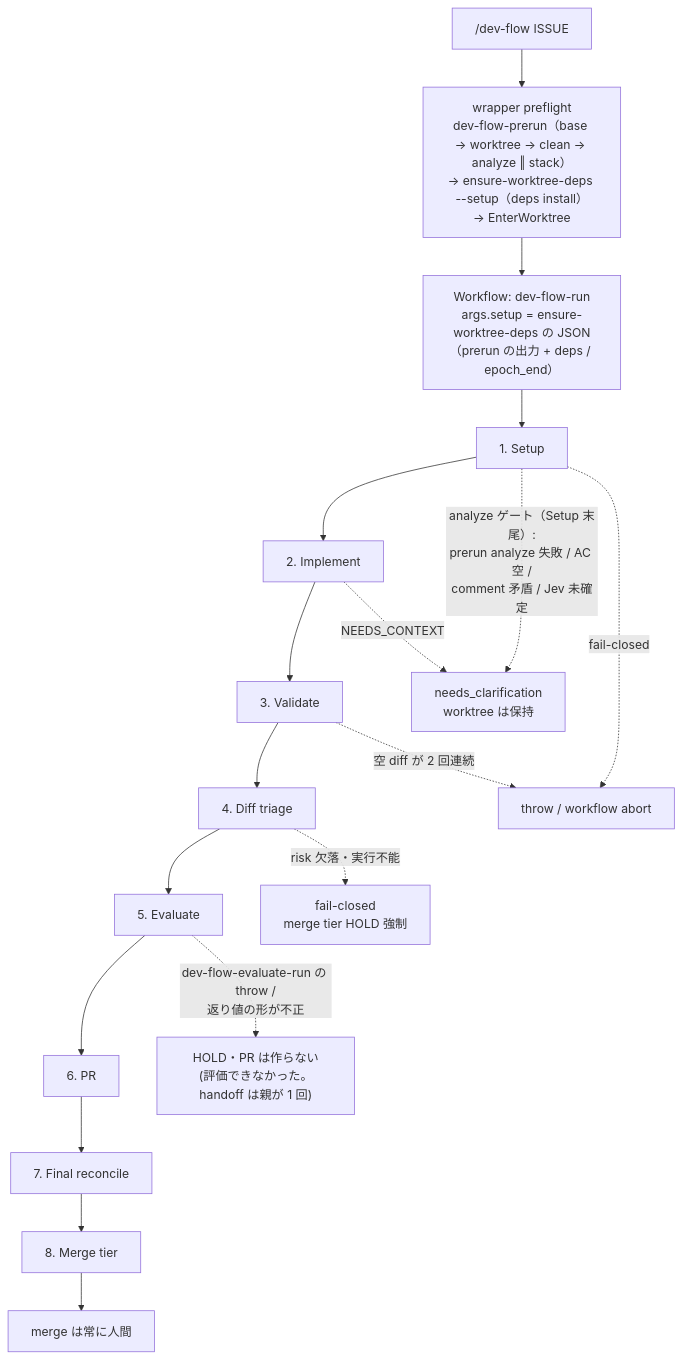
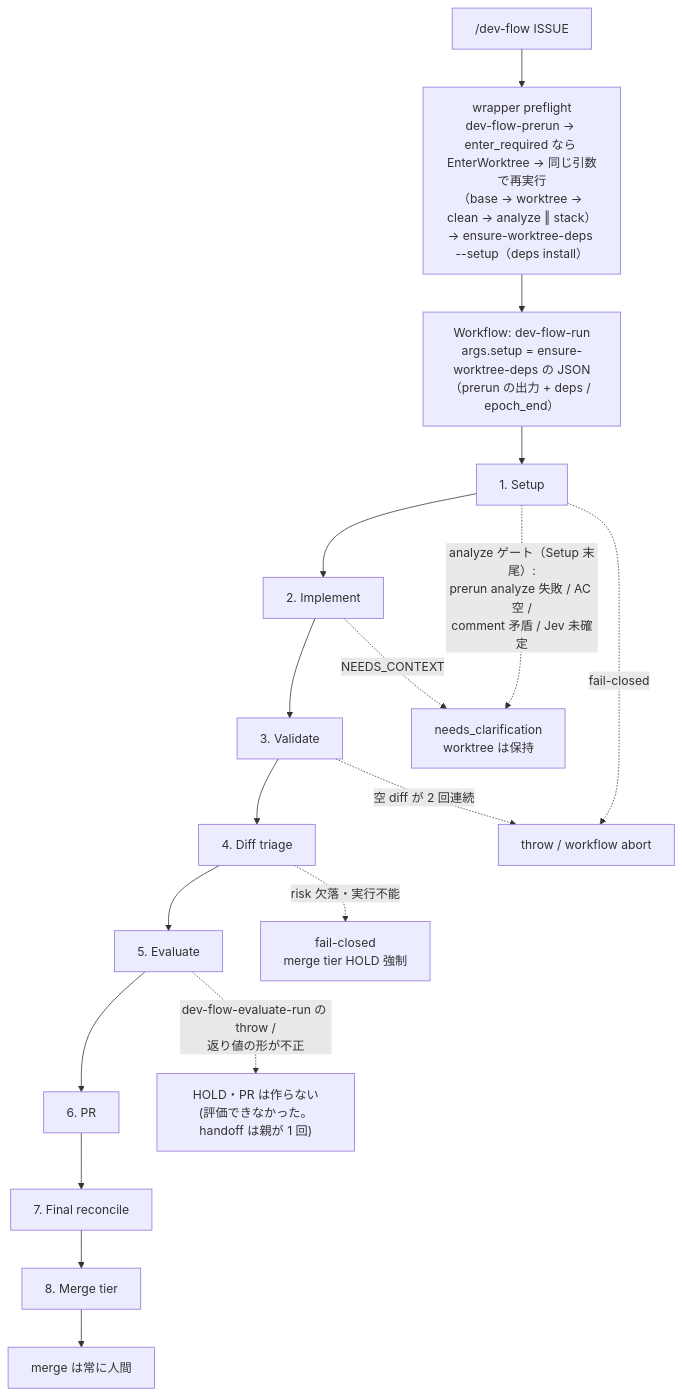
Before and after one commit to it-all-playpark/claude-plugins: the first of 13 diagrams in docs/dev-flow-atlas.md, drawn with Mermaid. The commit also changed other lines of this file and 11 other files, not shown here.

First line of the commit message:
fix(dev-flow): Claude Code 2.1.323 の sandbox で prerun が worktree を作れない — prerun は入るべき worktree を返し、wrapper が EnterWorktree で入ってから worktree の中で git switch する (#1423) (#1428)

````diff
--- a/docs/dev-flow-atlas.md
+++ b/docs/dev-flow-atlas.md
@@ -41,21 +41,21 @@
 ```mermaid
 flowchart TD
-    U["/dev-flow ISSUE"] --> PF["wrapper preflight<br/>dev-flow-prerun（base → worktree → clean → analyze ‖ stack）<br/>→ ensure-worktree-deps --setup（deps install）<br/>→ EnterWorktree"]
+    U["/dev-flow ISSUE"] --> PF["wrapper preflight<br/>dev-flow-prerun → enter_required なら EnterWorktree → 同じ引数で再実行<br/>（base → worktree → clean → analyze ‖ stack）<br/>→ ensure-worktree-deps --setup（deps install）"]
     PF --> W["Workflow: dev-flow-run<br/>args.setup = ensure-worktree-deps の JSON<br/>（prerun の出力 + deps / epoch_end）"]
     W --> S["1. Setup"]
     S --> I["2. Implement"]
     I --> V["3. Validate"]
     V --> SF["4. Diff triage"]
     SF --> E["5. Evaluate"]
     E --> R["6. PR"]
     R --> FR["7. Final reconcile"]
     FR --> MT["8. Merge tier"]
     MT --> HU["merge は常に人間"]
 
     S -.->|"fail-closed"| AB["throw / workflow abort"]
     V -.->|"空 diff が 2 回連続"| AB
     S -.->|"analyze ゲート（Setup 末尾）:<br/>prerun analyze 失敗 / AC 空 /<br/>comment 矛盾 / Jev 未確定"| NC["needs_clarification<br/>worktree は保持"]
     I -.->|"NEEDS_CONTEXT"| NC
     SF -.->|"risk 欠落・実行不能"| FC["fail-closed<br/>merge tier HOLD 強制"]
     E -.->|"dev-flow-evaluate-run の throw /<br/>返り値の形が不正"| EH["HOLD・PR は作らない<br/>(評価できなかった。handoff は親が 1 回)"]
 ```
````
